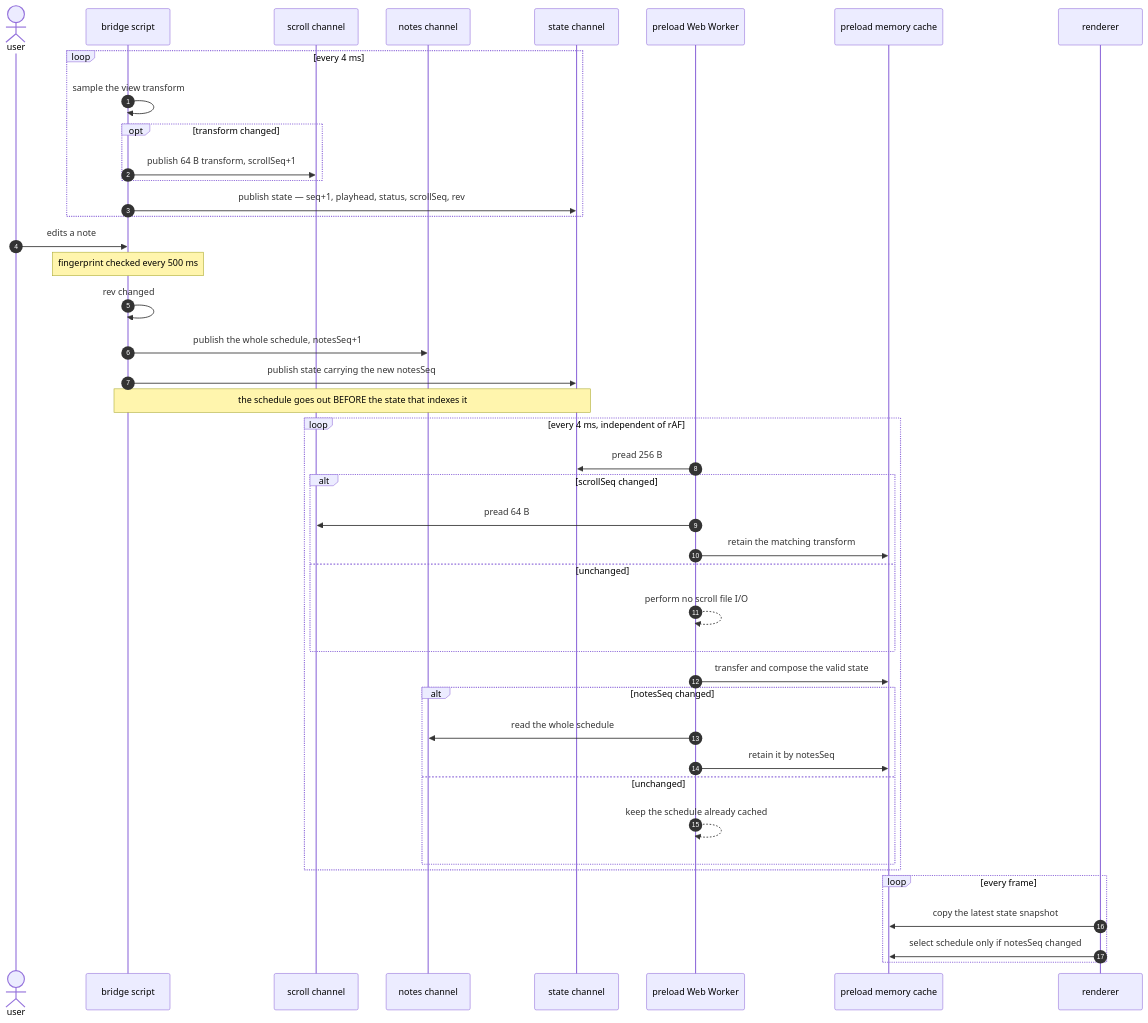
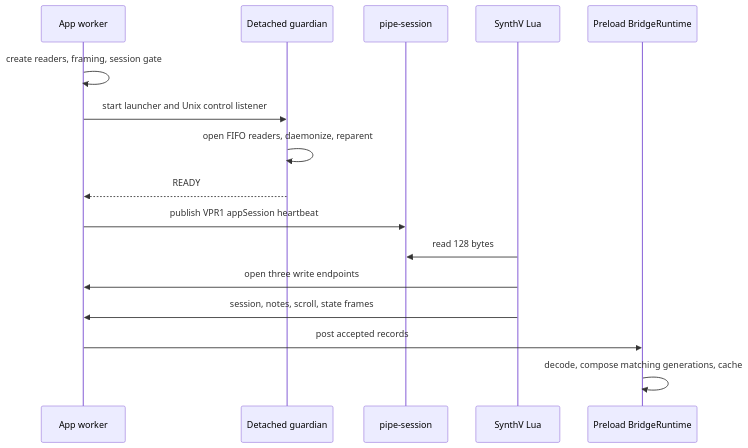
The diagram in docs/bridge.md (0x1f320/karaoke-v), drawn with Mermaid before and after one commit. The commit also changed other lines of this file and 79 other files, not shown here.

First line of the commit message:
feat(bridge): stabilize real-time SynthV transport (#101)

````diff
--- a/docs/bridge.md
+++ b/docs/bridge.md
@@ -79,50 +18,18 @@
 ```mermaid
 sequenceDiagram
-    autonumber
-    actor U as user
-    participant S as bridge script
-    participant R as scroll channel
-    participant N as notes channel
-    participant T as state channel
-    participant W as preload Web Worker
-    participant M as preload memory cache
-    participant A as renderer
-
-    loop every 4 ms
-        S->>S: sample the view transform
-        opt transform changed
-            S->>R: publish 64 B transform, scrollSeq+1
-        end
-        S->>T: publish state — seq+1, playhead, status, scrollSeq, rev
-    end
-
-    U->>S: edits a note
-    Note over S: fingerprint checked every 500 ms
-    S->>S: rev changed
-    S->>N: publish the whole schedule, notesSeq+1
-    S->>T: publish state carrying the new notesSeq
-
-    Note over S,T: the schedule goes out BEFORE the state that indexes it
-
-    loop every 4 ms, independent of rAF
-        W->>T: pread 256 B
-        alt scrollSeq changed
-            W->>R: pread 64 B
-            W->>M: retain the matching transform
-        else unchanged
-            W-->>W: perform no scroll file I/O
-        end
-        W->>M: transfer and compose the valid state
-        alt notesSeq changed
-            W->>N: read the whole schedule
-            W->>M: retain it by notesSeq
-        else unchanged
-            W-->>W: keep the schedule already cached
-        end
-    end
-
-    loop every frame
-        A->>M: copy the latest state snapshot
-        A->>M: select schedule only if notesSeq changed
-    end
+    participant W as App worker
+    participant G as Detached guardian
+    participant R as pipe-session
+    participant L as SynthV Lua
+    participant P as Preload BridgeRuntime
+    W->>W: create readers, framing, session gate
+    W->>G: start launcher and Unix control listener
+    G->>G: open FIFO readers, daemonize, reparent
+    G-->>W: READY
+    W->>R: publish VPR1 appSession heartbeat
+    L->>R: read 128 bytes
+    L->>W: open three write endpoints
+    L->>W: session, notes, scroll, state frames
+    W->>P: post accepted records
+    P->>P: decode, compose matching generations, cache
 ```
````
